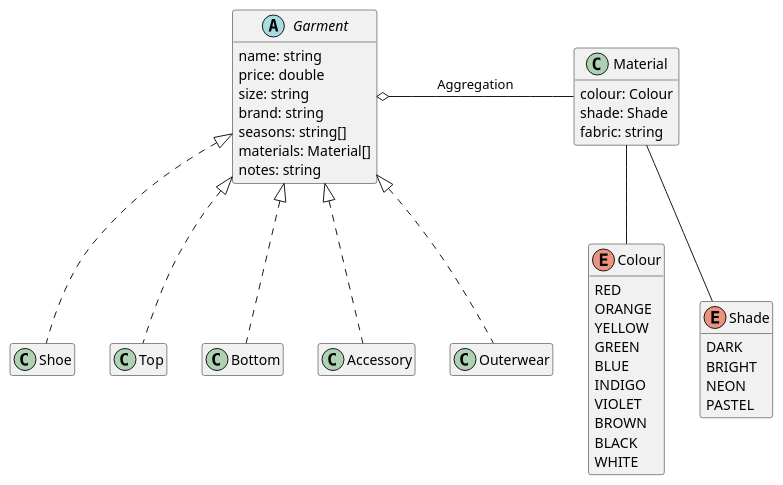
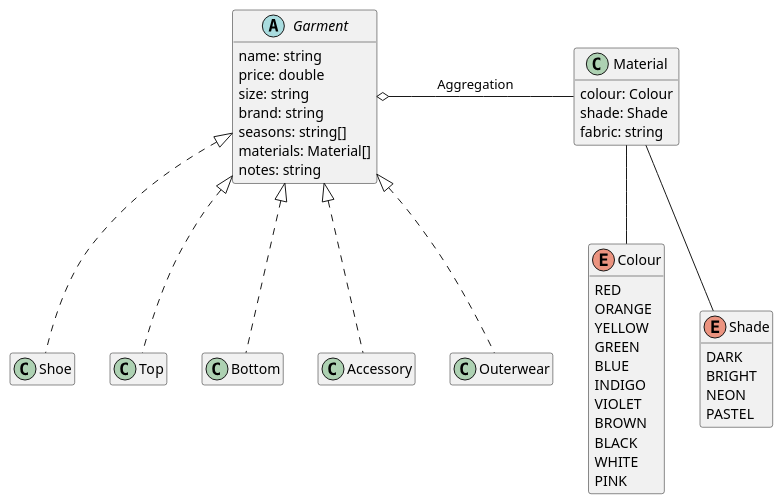
The diagram in UML diagrams/GarmentModel.puml (Kohort13/PG3302-Eksamen), drawn with PlantUML before and after one commit.

```diff
--- a/UML diagrams/GarmentModel.puml
+++ b/UML diagrams/GarmentModel.puml
@@ -1,49 +1,50 @@
 @startuml GarmentModel
     hide empty members
 
     abstract Garment{
         name: string
         price: double
         size: string
         brand: string
         seasons: string[]
         materials: Material[]
         notes: string
     }
 
     class Material{
         colour: Colour
         shade: Shade
         fabric: string
     }
 
     enum Colour{
         RED
         ORANGE
         YELLOW
         GREEN
         BLUE
         INDIGO
         VIOLET
         BROWN
         BLACK
         WHITE
+        PINK
     }
     enum Shade{
         DARK
         BRIGHT
         NEON
         PASTEL
     }
 
     Garment o-right- Material: Aggregation
     Material -- Colour
     Material -- Shade
 
     class Shoe implements Garment
     class Top implements Garment
     class Bottom implements Garment
     class Accessory implements Garment
     class Outerwear implements Garment
 
 @enduml
```
